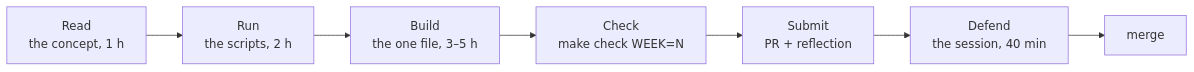
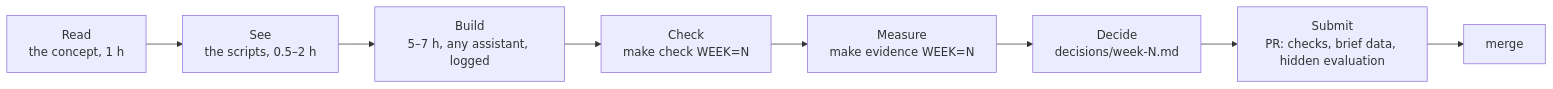
The diagram in docs/track.md (anilmodest/ai-eng-track), drawn with Mermaid before and after one commit. The commit also changed other lines of this file and 1 other file, not shown here.

First line of the commit message:
The track overview and week 0 describe the v2 programme

````diff
--- a/docs/track.md
+++ b/docs/track.md
@@ -35,9 +36,10 @@
 ```mermaid
 flowchart LR
-  A["Read<br/>the concept, 1 h"] --> B["Run<br/>the scripts, 2 h"]
-  B --> C["Build<br/>the one file, 3–5 h"]
+  A["Read<br/>the concept, 1 h"] --> B["See<br/>the scripts, 0.5–2 h"]
+  B --> C["Build<br/>5–7 h, any assistant, logged"]
   C --> D["Check<br/>make check WEEK=N"]
-  D --> E["Submit<br/>PR + reflection"]
-  E --> F["Defend<br/>the session, 40 min"]
+  D --> M["Measure<br/>make evidence WEEK=N"]
+  M --> E["Decide<br/>decisions/week-N.md"]
+  E --> F["Submit<br/>PR: checks, brief data, hidden evaluation"]
   F --> G["merge"]
 ```
````
